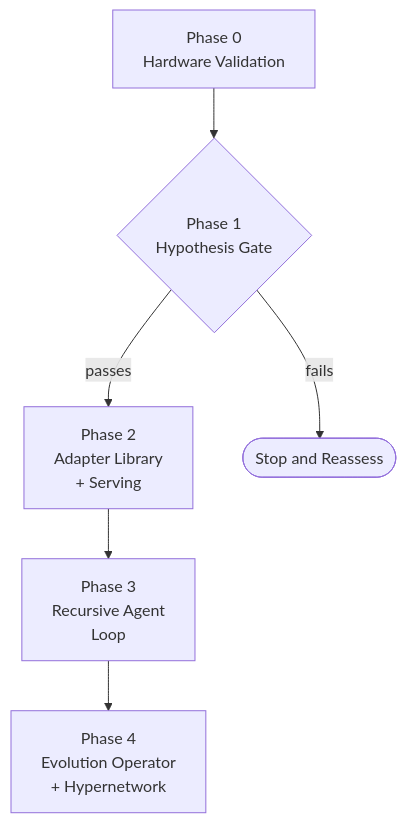
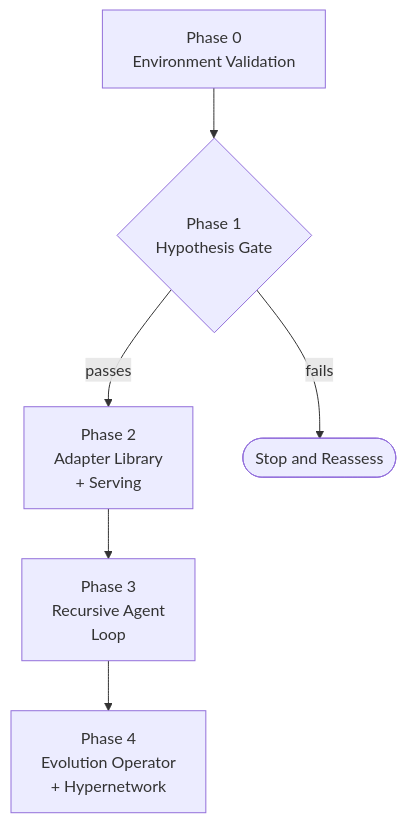
Before and after one commit to ElixirTrials/rune: the diagram in docs/implementation-plan.md, drawn with Mermaid. The commit also changed other lines of this file and 8 other files, not shown here.

````diff
--- a/docs/implementation-plan.md
+++ b/docs/implementation-plan.md
@@ -31,9 +31,9 @@
 ```mermaid
 flowchart TD
-    P0["Phase 0<br>Hardware Validation"] --> P1
+    P0["Phase 0<br>Environment Validation"] --> P1
     P1{"Phase 1<br>Hypothesis Gate"} -->|passes| P2
     P1 -->|fails| Stop([Stop and Reassess])
     P2["Phase 2<br>Adapter Library<br>+ Serving"] --> P3
     P3["Phase 3<br>Recursive Agent<br>Loop"] --> P4
     P4["Phase 4<br>Evolution Operator<br>+ Hypernetwork"]
 ```
````
